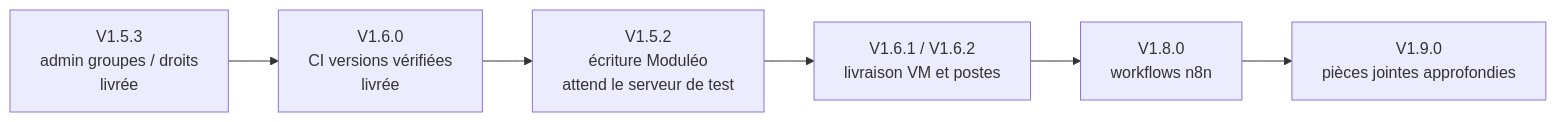
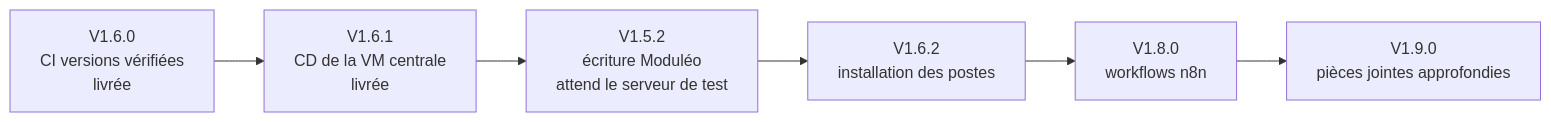
Before and after one commit to UlyssouLV/BBASS-Agents-IA: the third of 3 diagrams in README.md, drawn with Mermaid. The commit also changed other lines of this file and 39 other files, not shown here.

````diff
--- a/README.md
+++ b/README.md
@@ -174,8 +174,8 @@
 ```mermaid
 flowchart LR
-  V153["V1.5.3<br/>admin groupes / droits<br/>livrée"] --> V160["V1.6.0<br/>CI versions vérifiées<br/>livrée"]
-  V160 --> V152["V1.5.2<br/>écriture Moduléo<br/>attend le serveur de test"]
-  V152 --> V16x["V1.6.1 / V1.6.2<br/>livraison VM et postes"]
-  V16x --> V180["V1.8.0<br/>workflows n8n"]
+  V160["V1.6.0<br/>CI versions vérifiées<br/>livrée"] --> V161["V1.6.1<br/>CD de la VM centrale<br/>livrée"]
+  V161 --> V152["V1.5.2<br/>écriture Moduléo<br/>attend le serveur de test"]
+  V152 --> V162["V1.6.2<br/>installation des postes"]
+  V162 --> V180["V1.8.0<br/>workflows n8n"]
   V180 --> V190["V1.9.0<br/>pièces jointes approfondies"]
 ```
````
